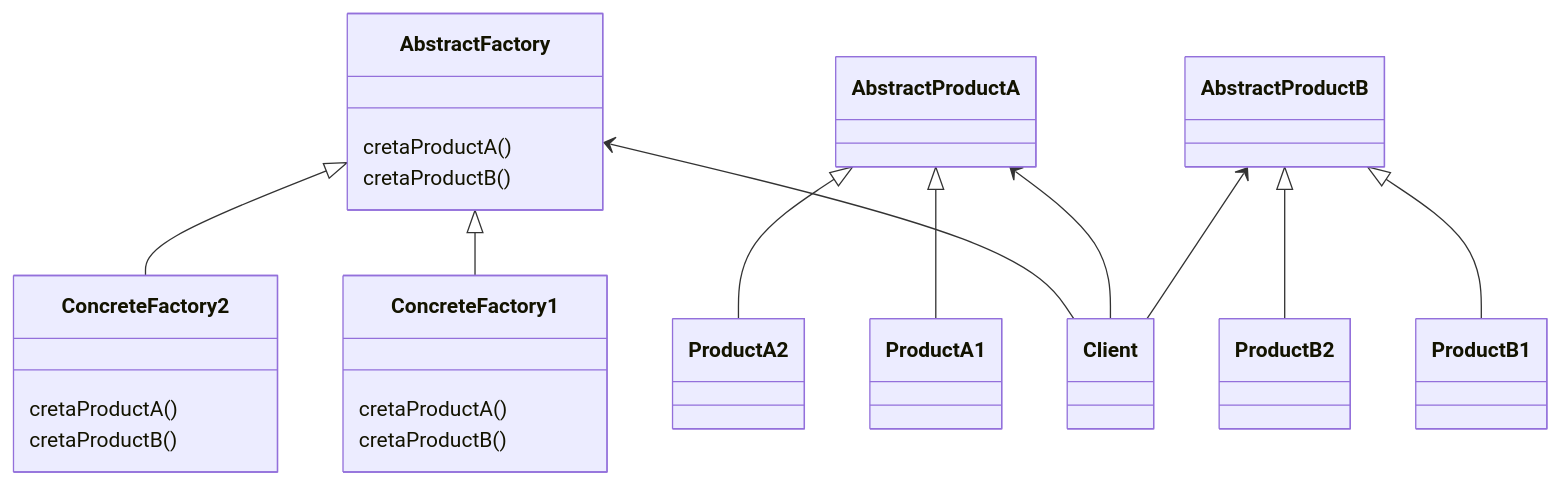
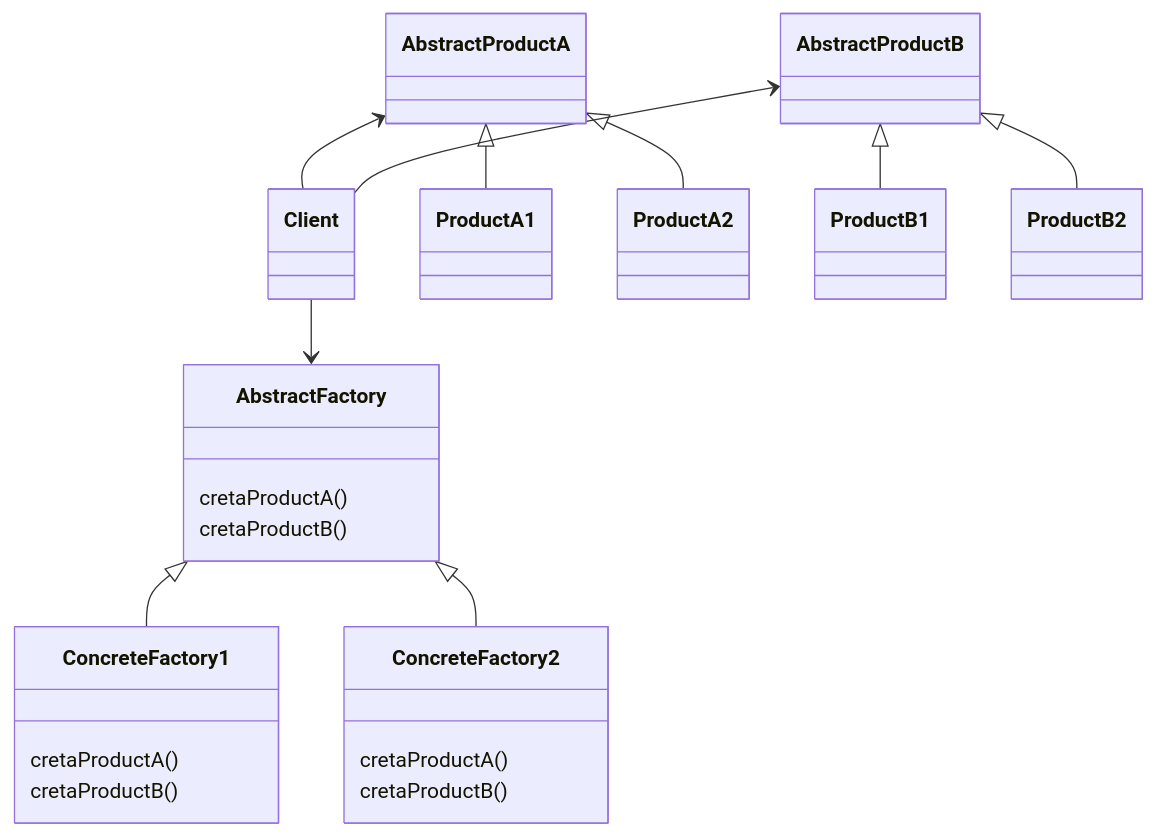
One commit to AhmedGharib0014/design_pattern_practice changed the third of 3 diagrams in design_pattern_practice/src/creational/factory/readme.md. Above: the diagram before and after it, drawn with Mermaid.

Commit message:
refactor :readme factory design pattern

````diff
--- a/design_pattern_practice/src/creational/factory/readme.md
+++ b/design_pattern_practice/src/creational/factory/readme.md
@@ -70,28 +70,28 @@
 ```mermaid
  classDiagram
-    AbstractFactory <-- Client
+    Client -->  AbstractFactory 
     AbstractProductA <-- Client
     AbstractProductB <-- Client
     AbstractFactory <|-- ConcreteFactory1
     AbstractFactory <|-- ConcreteFactory2
     AbstractProductA <|-- ProductA1
     AbstractProductA <|-- ProductA2
     AbstractProductB <|-- ProductB1
     AbstractProductB <|-- ProductB2
     
     class AbstractFactory {
      cretaProductA()
      cretaProductB()
     } 
     
     class ConcreteFactory1 {
      cretaProductA()
      cretaProductB()
     }
     
     class ConcreteFactory2 {
      cretaProductA()
      cretaProductB()
     }
     
 ```
````
